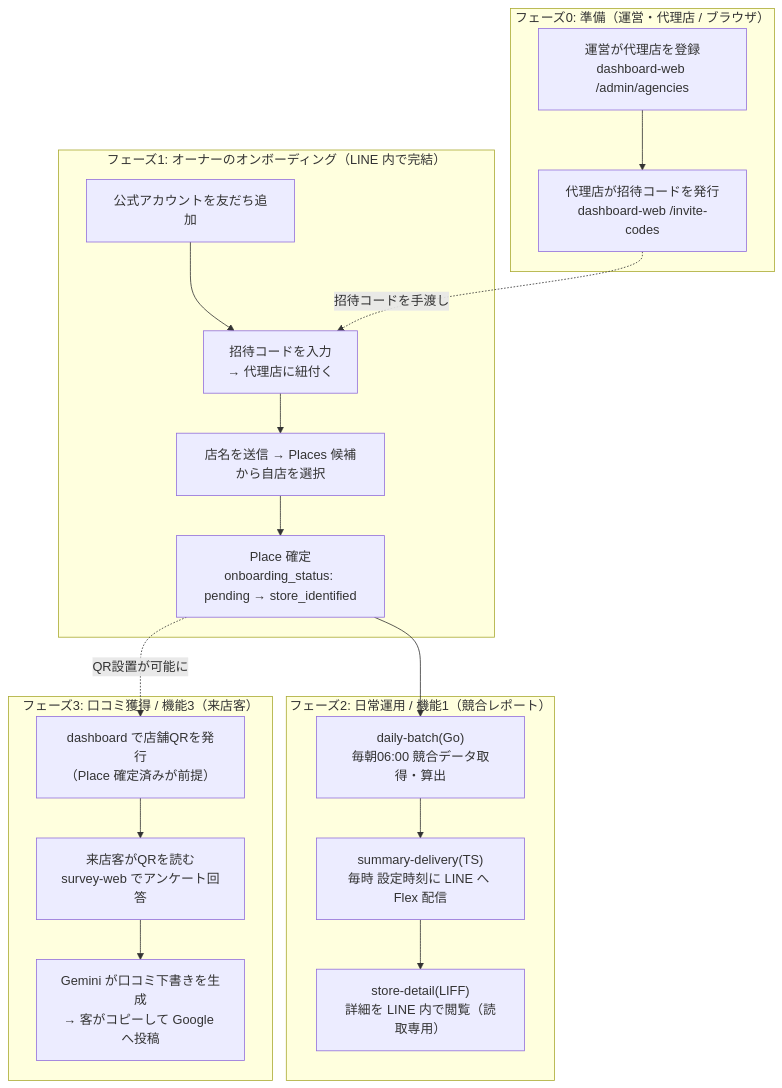
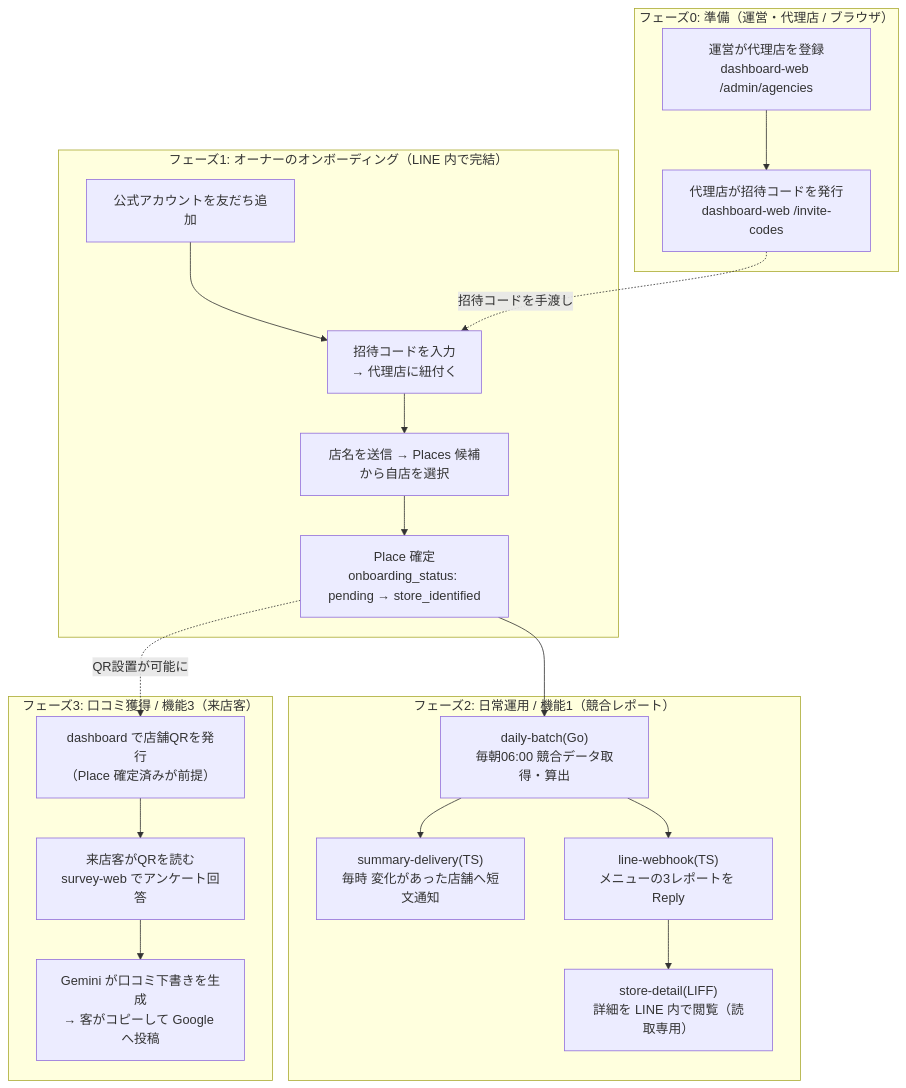
The diagram in docs/architecture.md (ManatoYamashita/fw-line-meo), drawn with Mermaid before and after one commit. The commit also changed other lines of this file and 16 other files, not shown here.

````diff
--- a/docs/architecture.md
+++ b/docs/architecture.md
@@ -70,34 +72,37 @@
 ```mermaid
 flowchart TD
     subgraph P0["フェーズ0: 準備（運営・代理店 / ブラウザ）"]
         A1["運営が代理店を登録<br/>dashboard-web /admin/agencies"]
         A2["代理店が招待コードを発行<br/>dashboard-web /invite-codes"]
         A1 --> A2
     end
 
     subgraph P1["フェーズ1: オーナーのオンボーディング（LINE 内で完結）"]
         B1["公式アカウントを友だち追加"]
         B2["招待コードを入力<br/>→ 代理店に紐付く"]
         B3["店名を送信 → Places 候補から自店を選択"]
         B4["Place 確定<br/>onboarding_status: pending → store_identified"]
         B1 --> B2 --> B3 --> B4
     end
 
     subgraph P2["フェーズ2: 日常運用 / 機能1（競合レポート）"]
         C1["daily-batch(Go)<br/>毎朝06:00 競合データ取得・算出"]
-        C2["summary-delivery(TS)<br/>毎時 設定時刻に LINE へ Flex 配信"]
-        C3["store-detail(LIFF)<br/>詳細を LINE 内で閲覧（読取専用）"]
-        C1 --> C2 --> C3
+        C2["summary-delivery(TS)<br/>毎時 変化があった店舗へ短文通知"]
+        C3["line-webhook(TS)<br/>メニューの3レポートを Reply"]
+        C4["store-detail(LIFF)<br/>詳細を LINE 内で閲覧（読取専用）"]
+        C1 --> C2
+        C1 --> C3
+        C3 --> C4
     end
 
     subgraph P3["フェーズ3: 口コミ獲得 / 機能3（来店客）"]
         D1["dashboard で店舗QRを発行<br/>（Place 確定済みが前提）"]
         D2["来店客がQRを読む<br/>survey-web でアンケート回答"]
         D3["Gemini が口コミ下書きを生成<br/>→ 客がコピーして Google へ投稿"]
         D1 --> D2 --> D3
     end
 
     A2 -. 招待コードを手渡し .-> B2
     B4 --> C1
     B4 -. QR設置が可能に .-> D1
 ```
````
